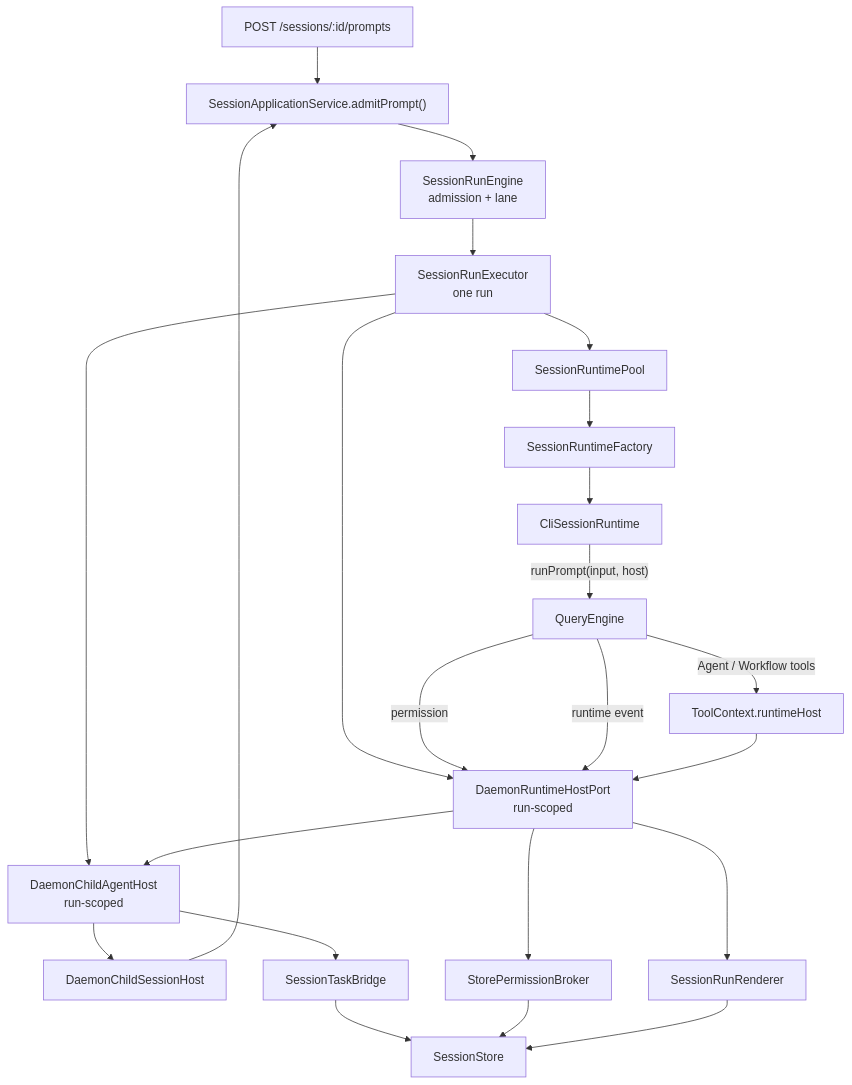
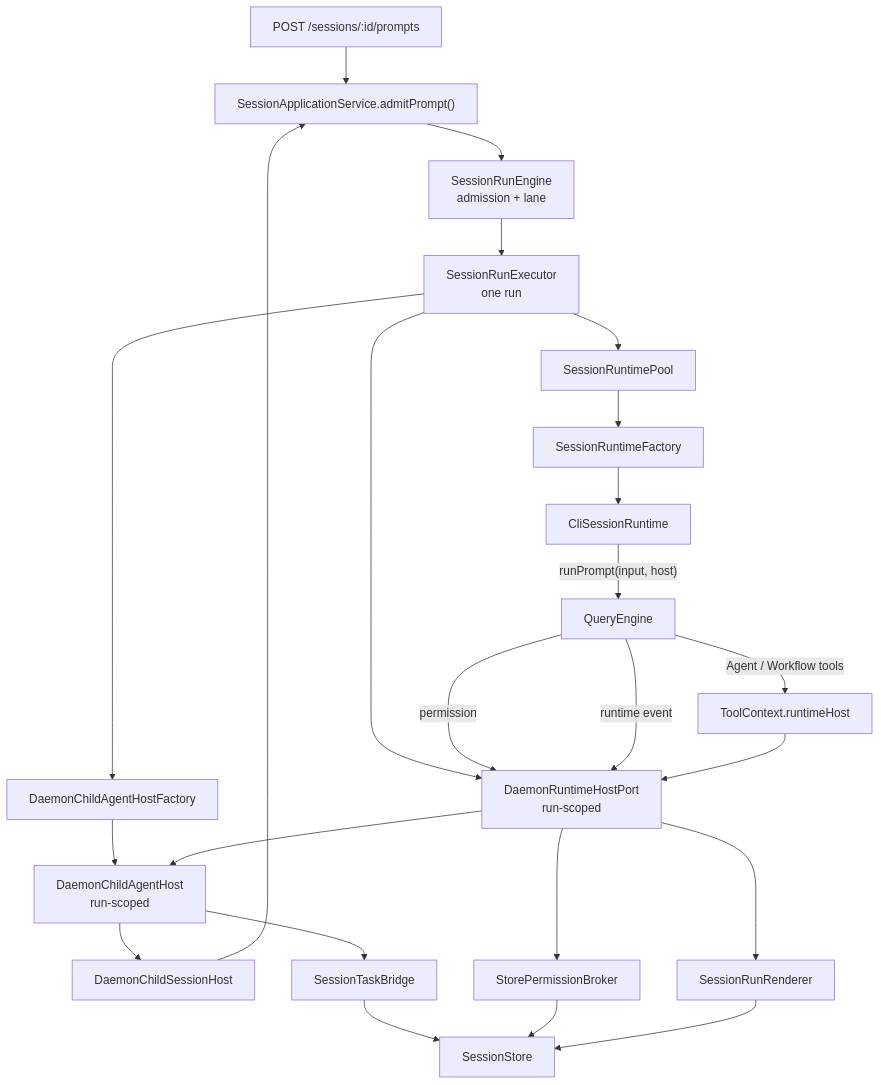
The third of 3 diagrams in docs/runtime-host-port-design.md (rzx007/openharness-ts), drawn with Mermaid before and after one commit. The commit also changed other lines of this file and 10 other files, not shown here.

Commit message:
refactor(server): centralize child agent host creation

````diff
--- a/docs/runtime-host-port-design.md
+++ b/docs/runtime-host-port-design.md
@@ -189,25 +190,26 @@
 ```mermaid
 flowchart TD
   Route["POST /sessions/:id/prompts"] --> App["SessionApplicationService.admitPrompt()"]
   App --> Engine["SessionRunEngine<br/>admission + lane"]
   Engine --> Executor["SessionRunExecutor<br/>one run"]
   Executor --> Pool["SessionRuntimePool"]
   Pool --> Factory["SessionRuntimeFactory"]
   Factory --> Runtime["CliSessionRuntime"]
-  Executor --> ChildAgentHost["DaemonChildAgentHost<br/>run-scoped"]
   Executor --> Host["DaemonRuntimeHostPort<br/>run-scoped"]
   Runtime -->|"runPrompt(input, host)"| QueryEngine["QueryEngine"]
+  Executor --> ChildFactory["DaemonChildAgentHostFactory"]
+  ChildFactory --> ChildAgentHost["DaemonChildAgentHost<br/>run-scoped"]
   QueryEngine -->|"permission"| Host
   QueryEngine -->|"runtime event"| Host
   QueryEngine -->|"Agent / Workflow tools"| ToolHost["ToolContext.runtimeHost"]
   ToolHost --> Host
   Host --> ChildAgentHost
   ChildAgentHost --> ChildSessionHost["DaemonChildSessionHost"]
   ChildAgentHost --> TaskBridge["SessionTaskBridge"]
   ChildSessionHost --> App
   TaskBridge --> Store["SessionStore"]
   Host --> PermissionBroker["StorePermissionBroker"]
   PermissionBroker --> Store
   Host --> Renderer["SessionRunRenderer"]
   Renderer --> Store
 ```
````
